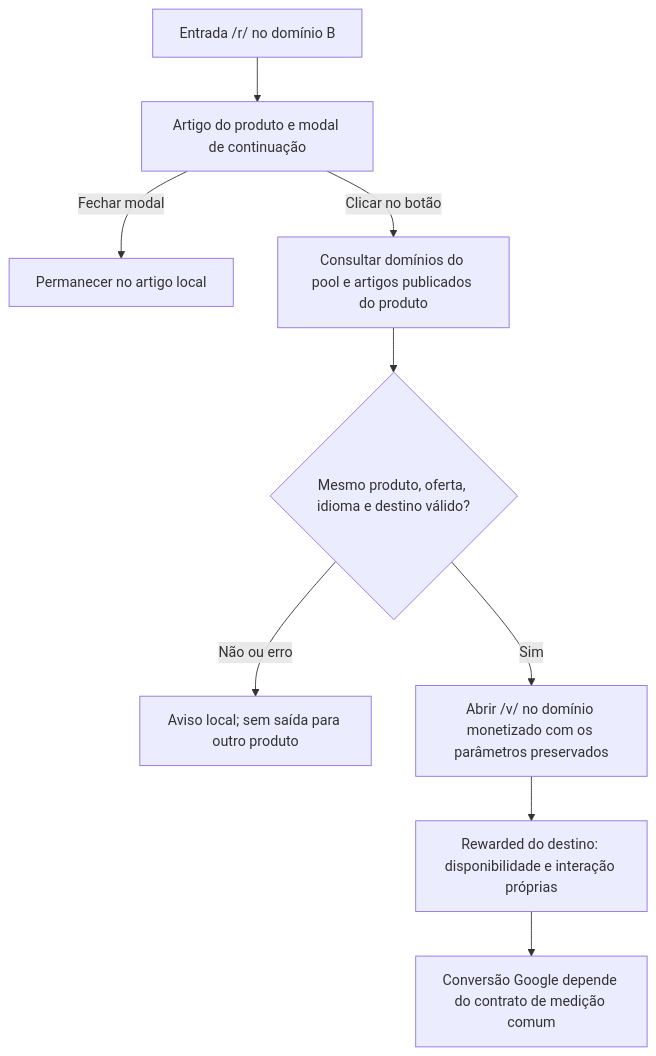
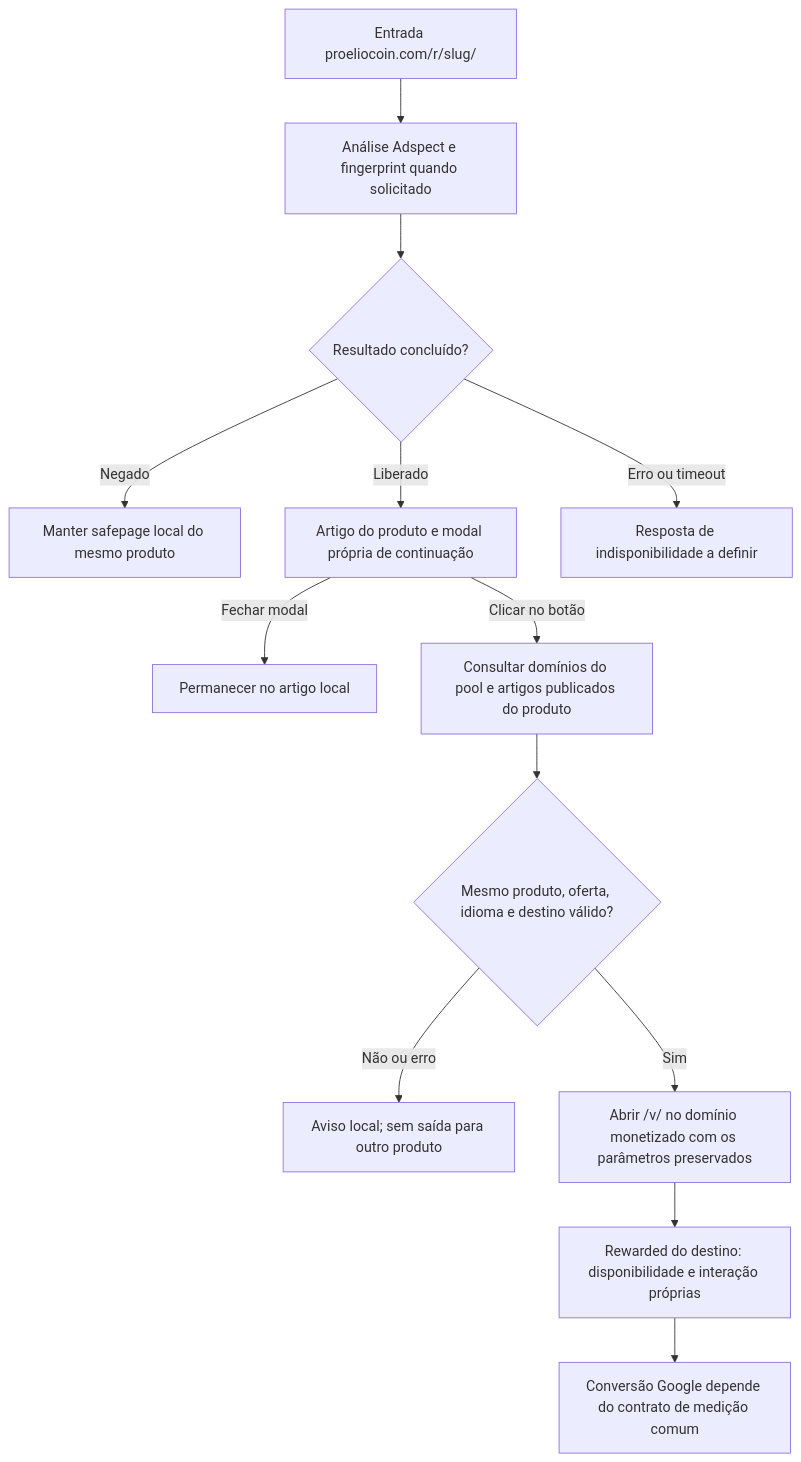
One commit to FernandohsSantos1/arb-gate-proeliocoin changed the diagram in LANCAMENTO.md. Above: the diagram before and after it, drawn with Mermaid. The commit also changed other lines of this file and 544 other files, not shown here.

````diff
--- a/LANCAMENTO.md
+++ b/LANCAMENTO.md
@@ -21,11 +33,15 @@
 ```mermaid
 flowchart TD
-    E["Entrada /r/ no domínio B"] --> P["Artigo do produto e modal de continuação"]
+    E["Entrada proeliocoin.com/r/slug/"] --> A["Análise Adspect e fingerprint quando solicitado"]
+    A --> C{"Resultado concluído?"}
+    C -->|Negado| S["Manter safepage local do mesmo produto"]
+    C -->|Liberado| P["Artigo do produto e modal própria de continuação"]
+    C -->|Erro ou timeout| X["Resposta de indisponibilidade a definir"]
     P -->|"Fechar modal"| L["Permanecer no artigo local"]
     P -->|"Clicar no botão"| Q["Consultar domínios do pool e artigos publicados do produto"]
     Q --> V{"Mesmo produto, oferta, idioma e destino válido?"}
     V -->|"Não ou erro"| F["Aviso local; sem saída para outro produto"]
     V -->|"Sim"| D["Abrir /v/ no domínio monetizado com os parâmetros preservados"]
     D --> R["Rewarded do destino: disponibilidade e interação próprias"]
-    R --> C["Conversão Google depende do contrato de medição comum"]
+    R --> M["Conversão Google depende do contrato de medição comum"]
 ```
````
